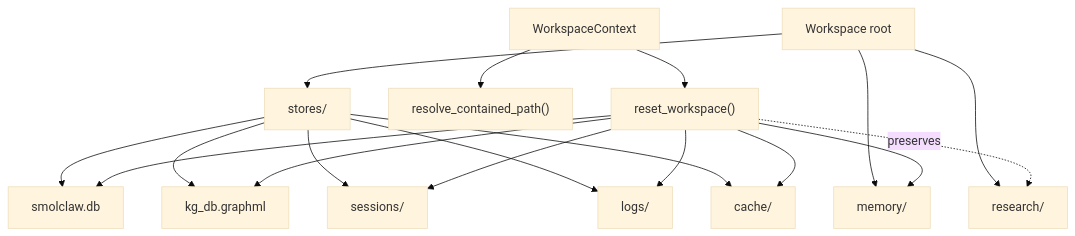
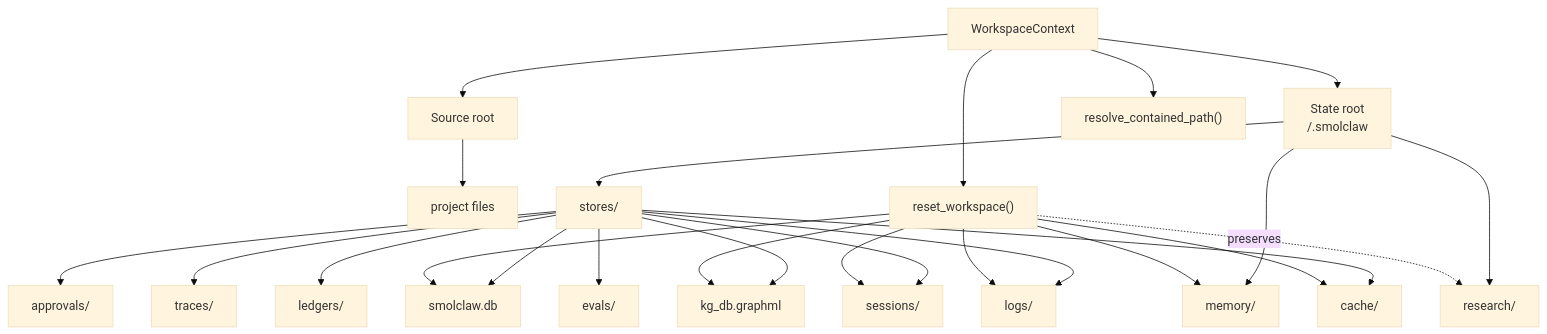
One commit to OrderAndCh4oS/smolclaw changed the third of 5 diagrams in docs/architecture-runtime.md. Above: the diagram before and after it, drawn with Mermaid (base theme). The commit also changed other lines of this file and 66 other files, not shown here.

Commit message:
Implement workspace state and research memory controls

````diff
--- a/docs/architecture-runtime.md
+++ b/docs/architecture-runtime.md
@@ -114,23 +114,30 @@
 ```mermaid
 flowchart TD
-    ROOT["Workspace root"] --> STORE["stores/"]
-    ROOT --> MEM["memory/"]
-    ROOT --> RESEARCH["research/"]
+    ROOT["Source root"] --> FILES["project files"]
+    STATE["State root<br/><workspace>/.smolclaw"] --> STORE["stores/"]
+    STATE --> MEM["memory/"]
+    STATE --> RESEARCH["research/"]
 
     STORE --> DB["smolclaw.db"]
     STORE --> KG["kg_db.graphml"]
     STORE --> SESS["sessions/"]
+    STORE --> APPR["approvals/"]
+    STORE --> TRACES["traces/"]
+    STORE --> LEDGERS["ledgers/"]
+    STORE --> EVALS["evals/"]
     STORE --> LOGS["logs/"]
     STORE --> CACHE["cache/"]
 
-    WS["WorkspaceContext"] --> RESOLVE["resolve_contained_path()"]
+    WS["WorkspaceContext"] --> ROOT
+    WS --> STATE
+    WS --> RESOLVE["resolve_contained_path()"]
     WS --> RESET["reset_workspace()"]
 
     RESET --> DB
     RESET --> KG
     RESET --> SESS
     RESET --> MEM
     RESET --> LOGS
     RESET --> CACHE
     RESET -. preserves .-> RESEARCH
 ```
````
